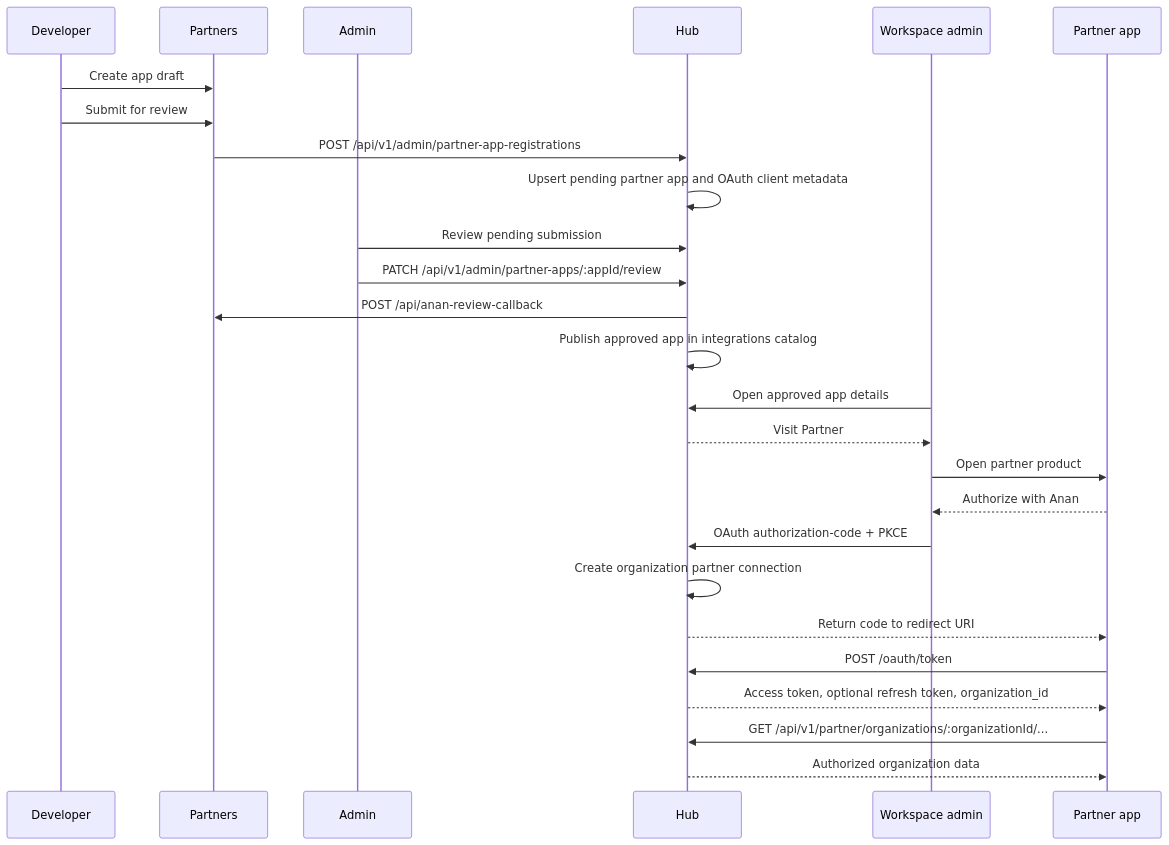
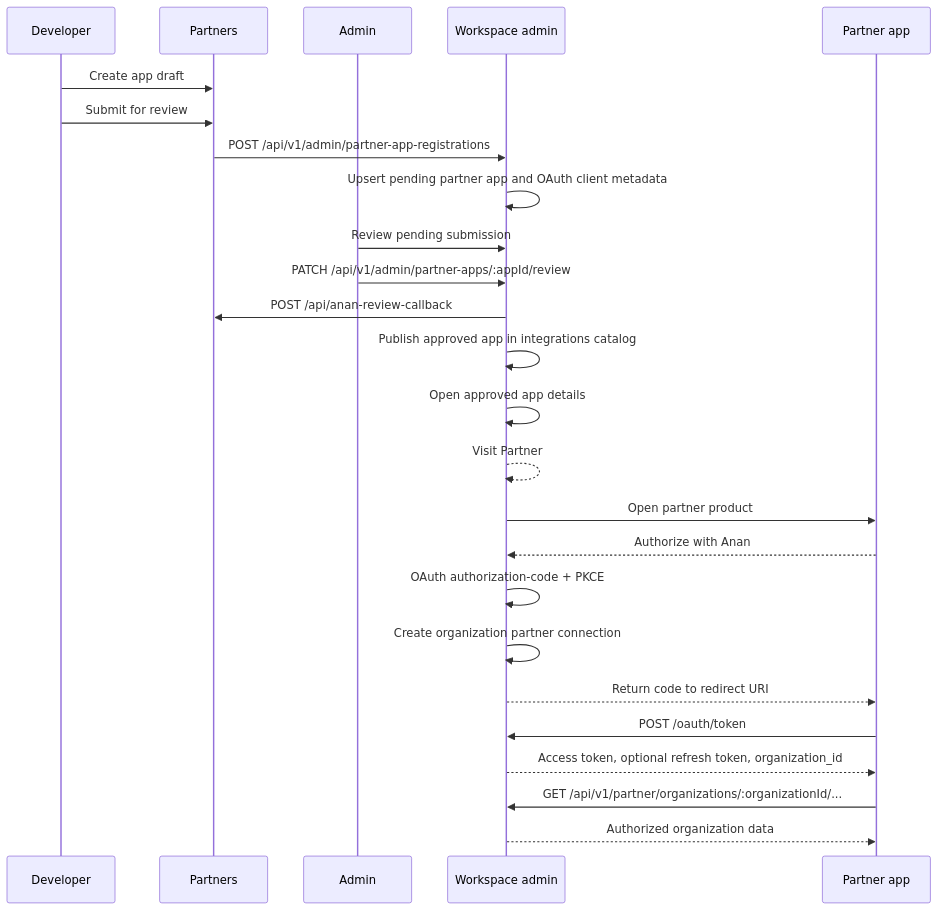
Before and after one commit to Up-to-code/ai-p1: the diagram in docs/partner-platform/README.md, drawn with Mermaid. The commit also changed other lines of this file and 218 other files, not shown here.

````diff
--- a/docs/partner-platform/README.md
+++ b/docs/partner-platform/README.md
@@ -20,29 +20,29 @@
 ```mermaid
 sequenceDiagram
   participant Dev as Developer
   participant Partners as Partners
   participant Admin as Admin
-  participant Hub as Hub
+  participant Workspace as Workspace
   participant Workspace as Workspace admin
   participant App as Partner app
 
   Dev->>Partners: Create app draft
   Dev->>Partners: Submit for review
-  Partners->>Hub: POST /api/v1/admin/partner-app-registrations
-  Hub->>Hub: Upsert pending partner app and OAuth client metadata
-  Admin->>Hub: Review pending submission
-  Admin->>Hub: PATCH /api/v1/admin/partner-apps/:appId/review
-  Hub->>Partners: POST /api/anan-review-callback
-  Hub->>Hub: Publish approved app in integrations catalog
-  Workspace->>Hub: Open approved app details
-  Hub-->>Workspace: Visit Partner
+  Partners->>Workspace: POST /api/v1/admin/partner-app-registrations
+  Workspace->>Workspace: Upsert pending partner app and OAuth client metadata
+  Admin->>Workspace: Review pending submission
+  Admin->>Workspace: PATCH /api/v1/admin/partner-apps/:appId/review
+  Workspace->>Partners: POST /api/anan-review-callback
+  Workspace->>Workspace: Publish approved app in integrations catalog
+  Workspace->>Workspace: Open approved app details
+  Workspace-->>Workspace: Visit Partner
   Workspace->>App: Open partner product
   App-->>Workspace: Authorize with Anan
-  Workspace->>Hub: OAuth authorization-code + PKCE
-  Hub->>Hub: Create organization partner connection
-  Hub-->>App: Return code to redirect URI
-  App->>Hub: POST /oauth/token
-  Hub-->>App: Access token, optional refresh token, organization_id
-  App->>Hub: GET /api/v1/partner/organizations/:organizationId/...
-  Hub-->>App: Authorized organization data
+  Workspace->>Workspace: OAuth authorization-code + PKCE
+  Workspace->>Workspace: Create organization partner connection
+  Workspace-->>App: Return code to redirect URI
+  App->>Workspace: POST /oauth/token
+  Workspace-->>App: Access token, optional refresh token, organization_id
+  App->>Workspace: GET /api/v1/partner/organizations/:organizationId/...
+  Workspace-->>App: Authorized organization data
 ```
````
